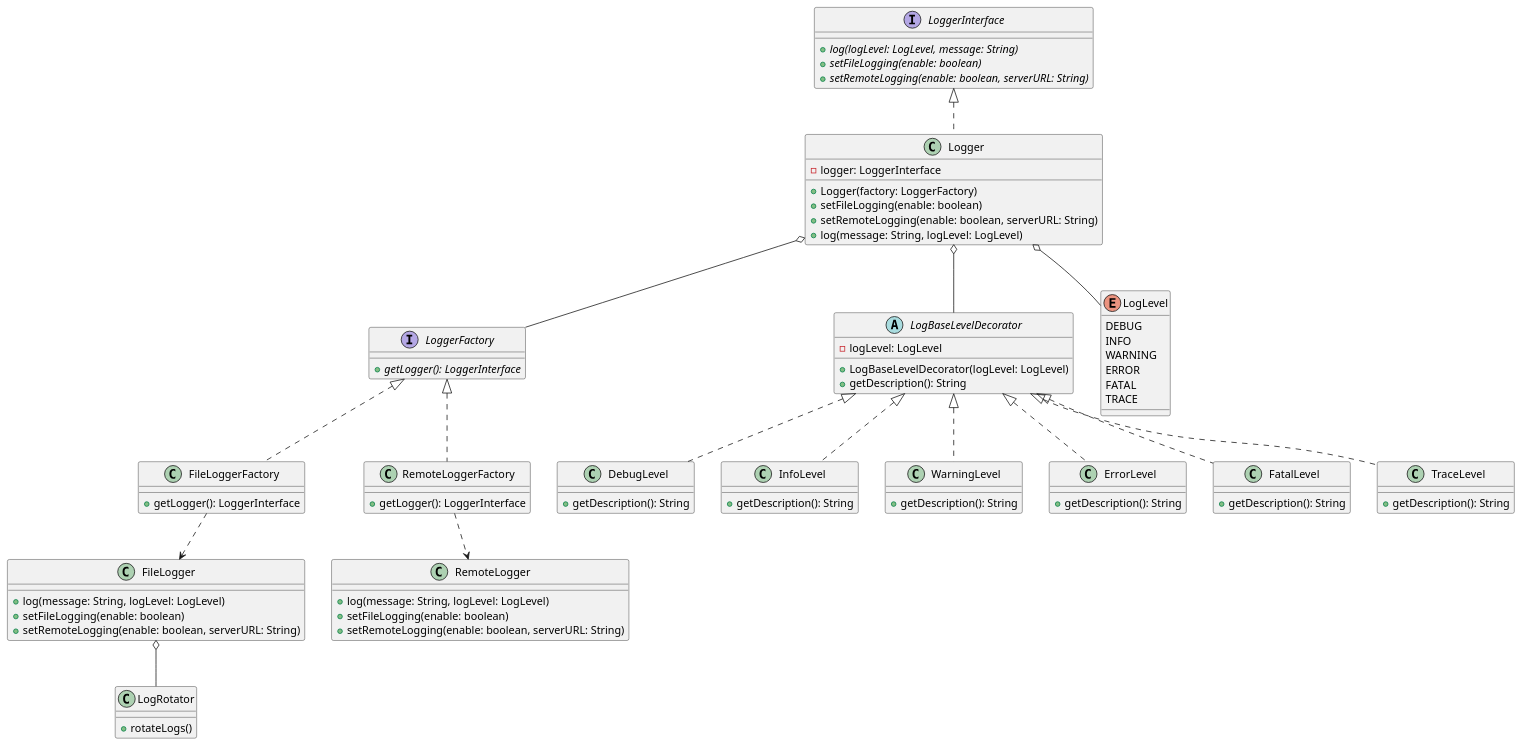
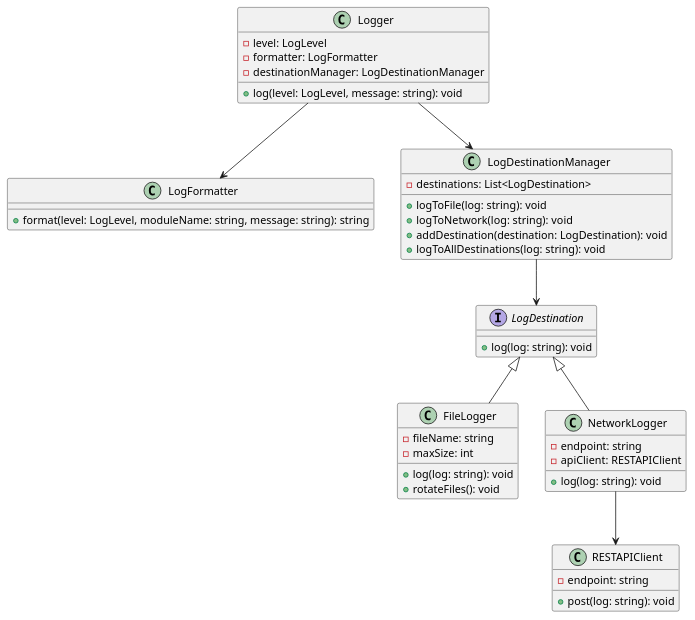
One commit to Marcin279/logger_library changed the diagram in docs/diagrams/main_class_diagram.puml. Above: the diagram before and after it, drawn with PlantUML. The commit also changed 22 other files, not shown here.

Commit message:
Add FileLogger, LogFormatter and LogDestinationManager implementation

```diff
--- a/docs/diagrams/main_class_diagram.puml
+++ b/docs/diagrams/main_class_diagram.puml
@@ -1,101 +1,49 @@
-           @startuml
-
-interface LoggerFactory {
-    {abstract} +getLogger(): LoggerInterface
+@startuml
+class Logger {
+  - level: LogLevel
+  - formatter: LogFormatter
+  - destinationManager: LogDestinationManager
+  + log(level: LogLevel, message: string): void
 }
 
-class FileLoggerFactory {
-    +getLogger(): LoggerInterface
+class LogFormatter {
+  + format(level: LogLevel, moduleName: string, message: string): string
 }
 
-class RemoteLoggerFactory {
-    +getLogger(): LoggerInterface
+interface LogDestination {
+  + log(log: string): void
 }
 
-abstract class LogBaseLevelDecorator {
-    -logLevel: LogLevel
-    +LogBaseLevelDecorator(logLevel: LogLevel)
-    +getDescription(): String
-}
-
-class DebugLevel {
-    +getDescription(): String
-}
-
-class InfoLevel {
-    +getDescription(): String
-}
-
-class WarningLevel {
-    +getDescription(): String
-}
-
-class ErrorLevel {
-    +getDescription(): String
-}
-
-class FatalLevel {
-    +getDescription(): String
-}
-
-class TraceLevel {
-    +getDescription(): String
-}
-
-interface LoggerInterface {
-    {abstract} +log(logLevel: LogLevel, message: String)
-    {abstract} +setFileLogging(enable: boolean)
-    {abstract} +setRemoteLogging(enable: boolean, serverURL: String)
-}
-
-enum LogLevel {
-    DEBUG
-    INFO
-    WARNING
-    ERROR
-    FATAL
-    TRACE
-}
-
-class Logger {
-    -logger: LoggerInterface
-    +Logger(factory: LoggerFactory)
-    +setFileLogging(enable: boolean)
-    +setRemoteLogging(enable: boolean, serverURL: String)
-    +log(message: String, logLevel: LogLevel)
+class LogDestinationManager {
+  - destinations: List<LogDestination>
+  + logToFile(log: string): void
+  + logToNetwork(log: string): void
+  + addDestination(destination: LogDestination): void
+  + logToAllDestinations(log: string): void
 }
 
 class FileLogger {
-    +log(message: String, logLevel: LogLevel)
-    +setFileLogging(enable: boolean)
-    +setRemoteLogging(enable: boolean, serverURL: String)
+  - fileName: string
+  - maxSize: int
+  + log(log: string): void
+  + rotateFiles(): void
 }
 
-class RemoteLogger {
-    +log(message: String, logLevel: LogLevel)
-    +setFileLogging(enable: boolean)
-    +setRemoteLogging(enable: boolean, serverURL: String)
+class NetworkLogger {
+  - endpoint: string
+  - apiClient: RESTAPIClient
+  + log(log: string): void
 }
 
-class LogRotator {
-    +rotateLogs()
+class RESTAPIClient {
+  - endpoint: string
+  + post(log: string): void
 }
 
-LoggerInterface <|.. Logger
-LoggerFactory <|.. FileLoggerFactory
-LoggerFactory <|.. RemoteLoggerFactory
-Logger o-- LoggerFactory
-Logger o-- LogLevel
-FileLoggerFactory ..> FileLogger
-RemoteLoggerFactory ..> RemoteLogger
-Logger o-- LogBaseLevelDecorator
-LogBaseLevelDecorator <|.. DebugLevel
-LogBaseLevelDecorator <|.. InfoLevel
-LogBaseLevelDecorator <|.. WarningLevel
-LogBaseLevelDecorator <|.. ErrorLevel
-LogBaseLevelDecorator <|.. FatalLevel
-LogBaseLevelDecorator <|.. TraceLevel
-
-FileLogger o-- LogRotator
-
+Logger --> LogFormatter
+Logger --> LogDestinationManager
+LogDestinationManager --> LogDestination
+LogDestination <|-- FileLogger
+LogDestination <|-- NetworkLogger
+NetworkLogger --> RESTAPIClient
 @enduml
```
